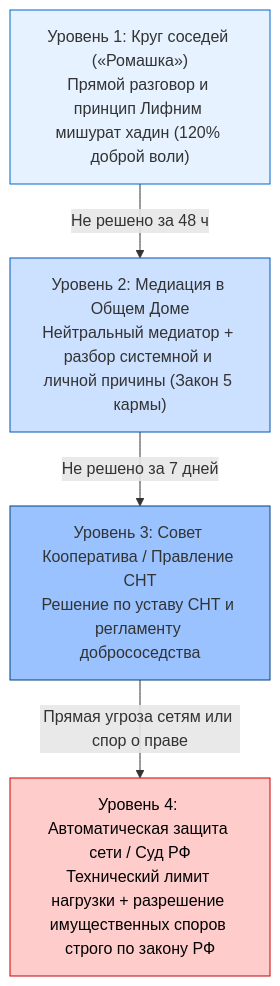
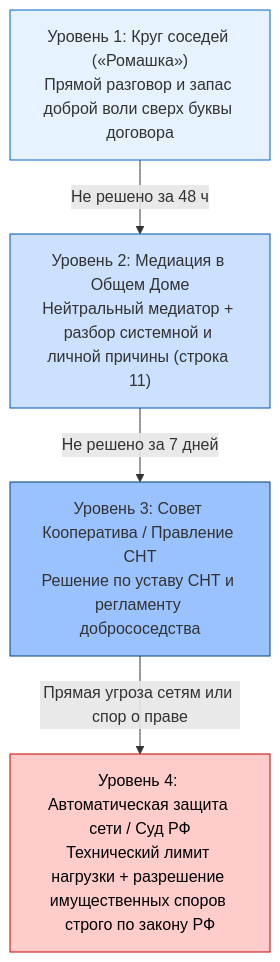
One commit to NeuroLoft/NEURO-ESTATE changed the second of 2 diagrams in ТЭО_Родовое_Поместье_Кейс/ТЭО_Родовое_Поместье_Раздел_9_Организационная_структура.md. Above: the diagram before and after it, drawn with Mermaid. The commit also changed other lines of this file and 28 other files, not shown here.

````diff
--- a/ТЭО_Родовое_Поместье_Кейс/ТЭО_Родовое_Поместье_Раздел_9_Организационная_структура.md
+++ b/ТЭО_Родовое_Поместье_Кейс/ТЭО_Родовое_Поместье_Раздел_9_Организационная_структура.md
@@ -68,11 +68,11 @@
 ```mermaid
 flowchart TB
-    L1["Уровень 1: Круг соседей («Ромашка»)\nПрямой разговор и принцип Лифним мишурат хадин (120% доброй воли)"] -->|"Не решено за 48 ч"| L2["Уровень 2: Медиация в Общем Доме\nНейтральный медиатор + разбор системной и личной причины (Закон 5 кармы)"]
+    L1["Уровень 1: Круг соседей («Ромашка»)\nПрямой разговор и запас доброй воли сверх буквы договора"] -->|"Не решено за 48 ч"| L2["Уровень 2: Медиация в Общем Доме\nНейтральный медиатор + разбор системной и личной причины (строка 11)"]
     L2 -->|"Не решено за 7 дней"| L3["Уровень 3: Совет Кооператива / Правление СНТ\nРешение по уставу СНТ и регламенту добрососедства"]
     L3 -->|"Прямая угроза сетям или спор о праве"| L4["Уровень 4: Автоматическая защита сети / Суд РФ\nТехнический лимит нагрузки + разрешение имущественных споров строго по закону РФ"]
 
  style L1 fill:#e6f2ff,stroke:#0066cc
  style L2 fill:#cce0ff,stroke:#0055b3
  style L3 fill:#99c2ff,stroke:#004080
  style L4 fill:#ffcccc,stroke:#cc0000,color:#000
 ```
````
